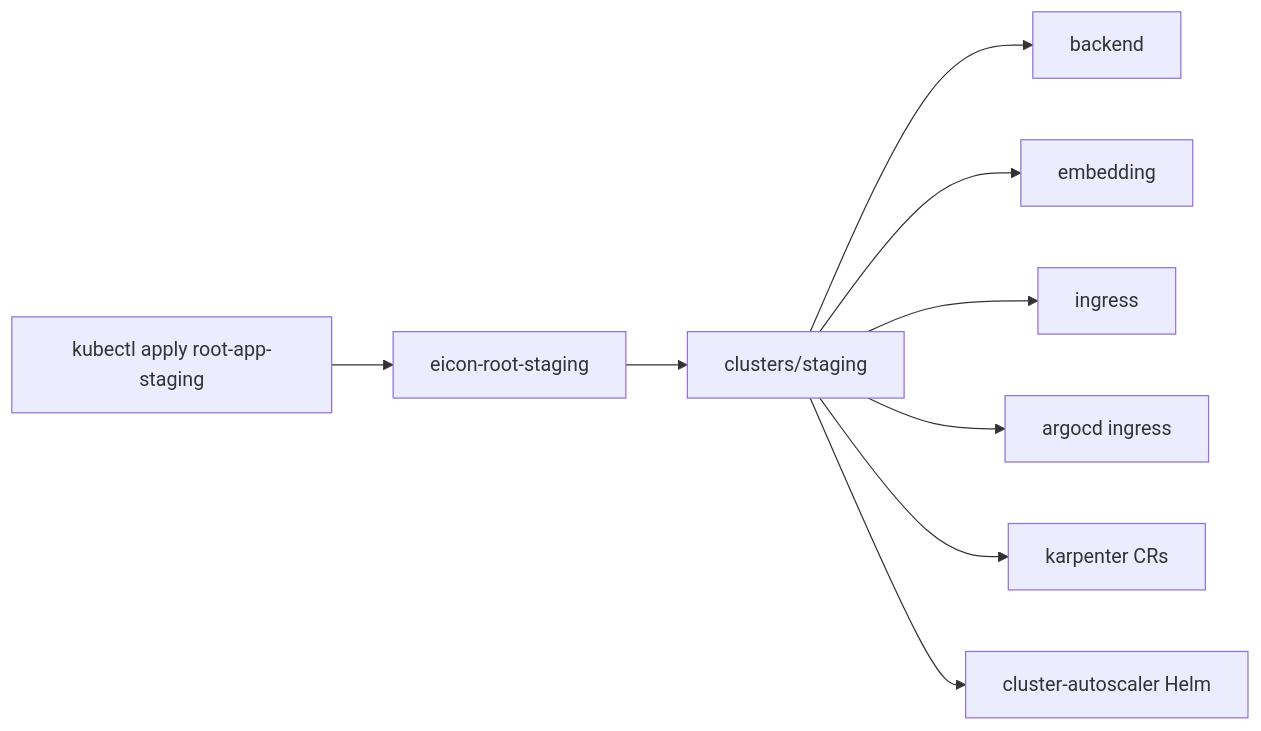
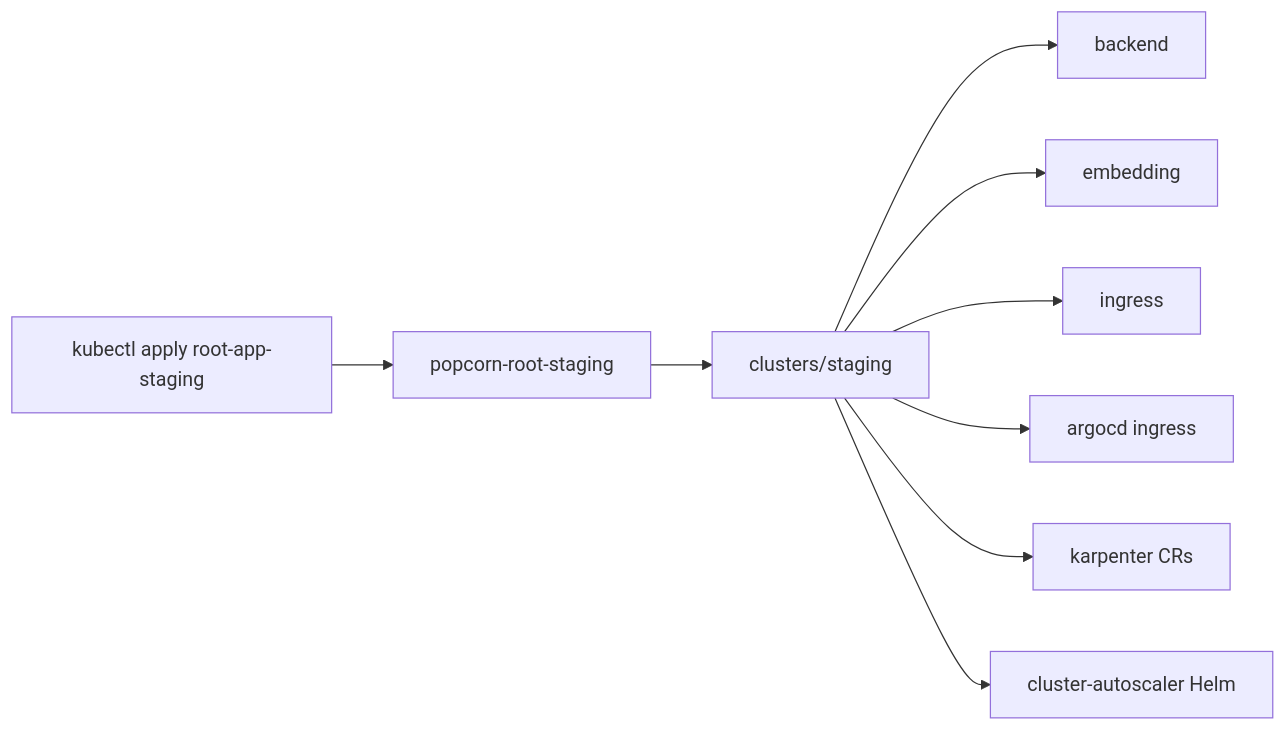
Before and after one commit to Dacchuu/devops-portfolio: the second of 2 diagrams in gitops/docs/PLATFORM_ARCHITECTURE.md, drawn with Mermaid. The commit also changed other lines of this file and 146 other files, not shown here.

````diff
--- a/gitops/docs/PLATFORM_ARCHITECTURE.md
+++ b/gitops/docs/PLATFORM_ARCHITECTURE.md
@@ -293,11 +293,11 @@
 ```mermaid
 flowchart LR
-  B["kubectl apply root-app-staging"] --> R["eicon-root-staging"]
+  B["kubectl apply root-app-staging"] --> R["popcorn-root-staging"]
   R --> C["clusters/staging"]
   C --> A1["backend"]
   C --> A2["embedding"]
   C --> A3["ingress"]
   C --> A4["argocd ingress"]
   C --> A5["karpenter CRs"]
   C --> A6["cluster-autoscaler Helm"]
 ```
````
